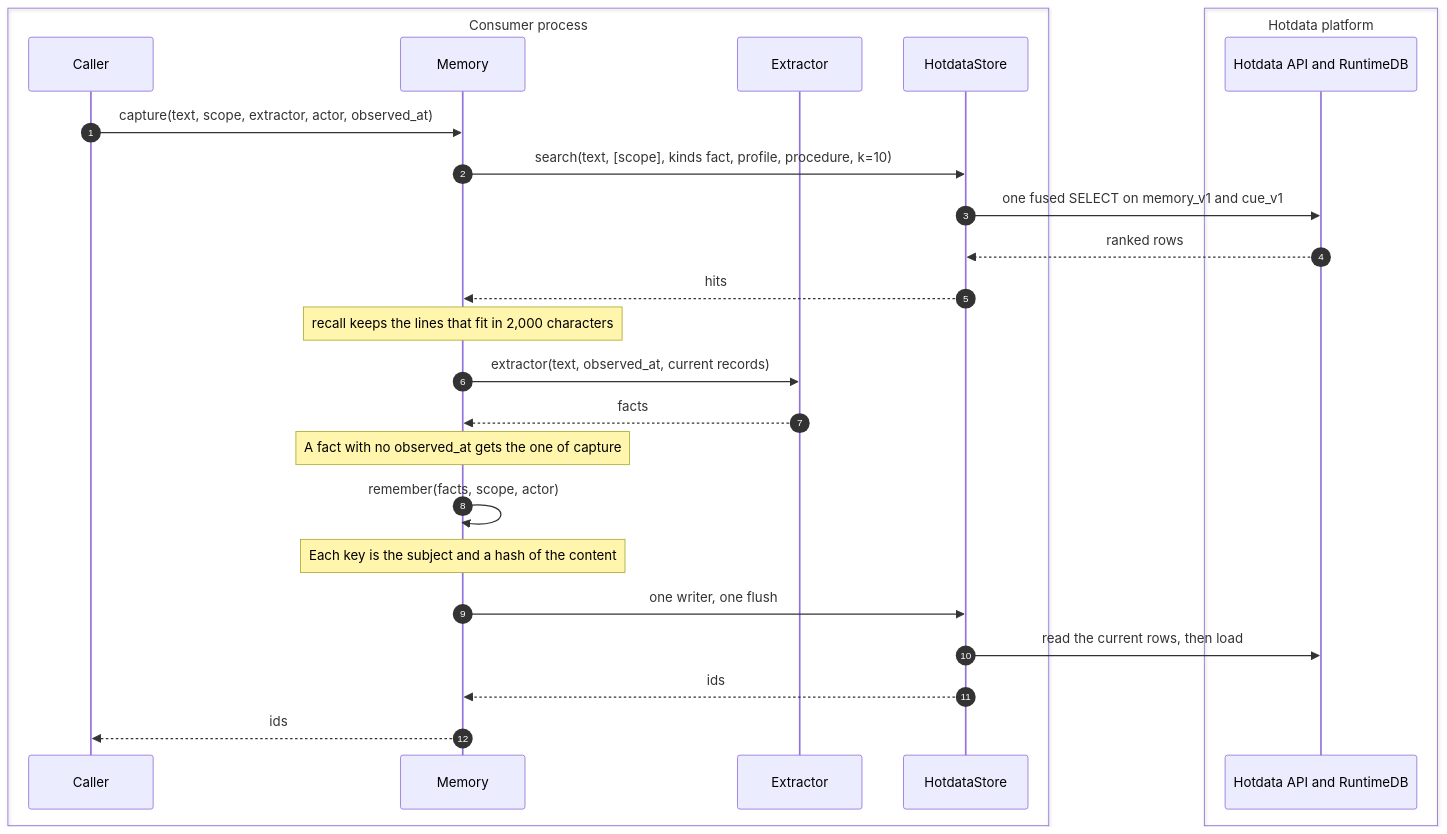
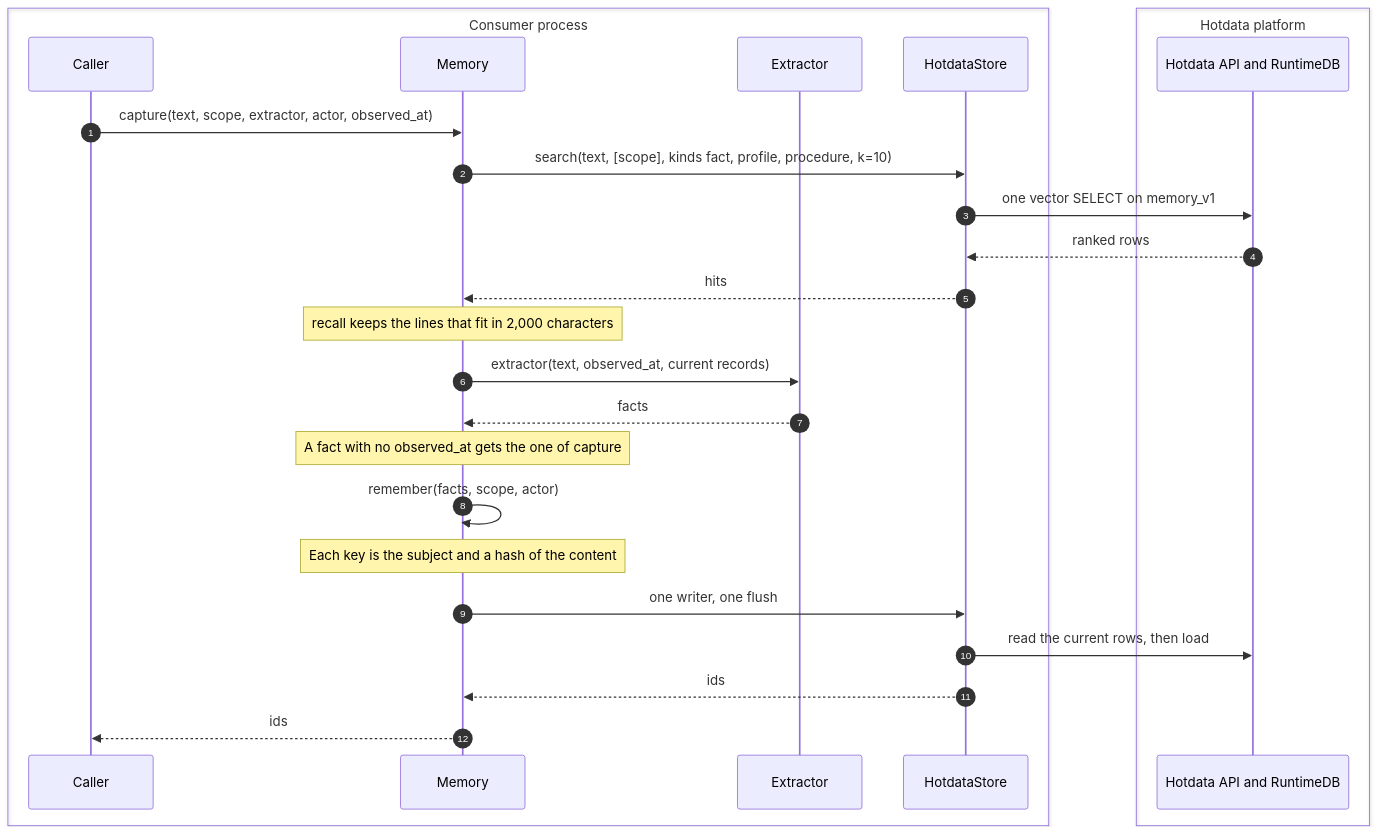
One commit to hotdata-dev/hotmemory changed the sixth of 12 diagrams in docs/internal/architecture.md. Above: the diagram before and after it, drawn with Mermaid. The commit also changed other lines of this file and 24 other files, not shown here.

````diff
--- a/docs/internal/architecture.md
+++ b/docs/internal/architecture.md
@@ -324,28 +324,28 @@
 ```mermaid
 sequenceDiagram
     autonumber
     box Consumer process
         participant C as Caller
         participant M as Memory
         participant X as Extractor
         participant H as HotdataStore
     end
     box Hotdata platform
         participant API as Hotdata API and RuntimeDB
     end
     C->>M: capture(text, scope, extractor, actor, observed_at)
     M->>H: search(text, [scope], kinds fact, profile, procedure, k=10)
-    H->>API: one fused SELECT on memory_v1 and cue_v1
+    H->>API: one vector SELECT on memory_v1
     API-->>H: ranked rows
     H-->>M: hits
     Note over M: recall keeps the lines that fit in 2,000 characters
     M->>X: extractor(text, observed_at, current records)
     X-->>M: facts
     Note over M: A fact with no observed_at gets the one of capture
     M->>M: remember(facts, scope, actor)
     Note over M: Each key is the subject and a hash of the content
     M->>H: one writer, one flush
     H->>API: read the current rows, then load
     H-->>M: ids
     M-->>C: ids
 ```
````
